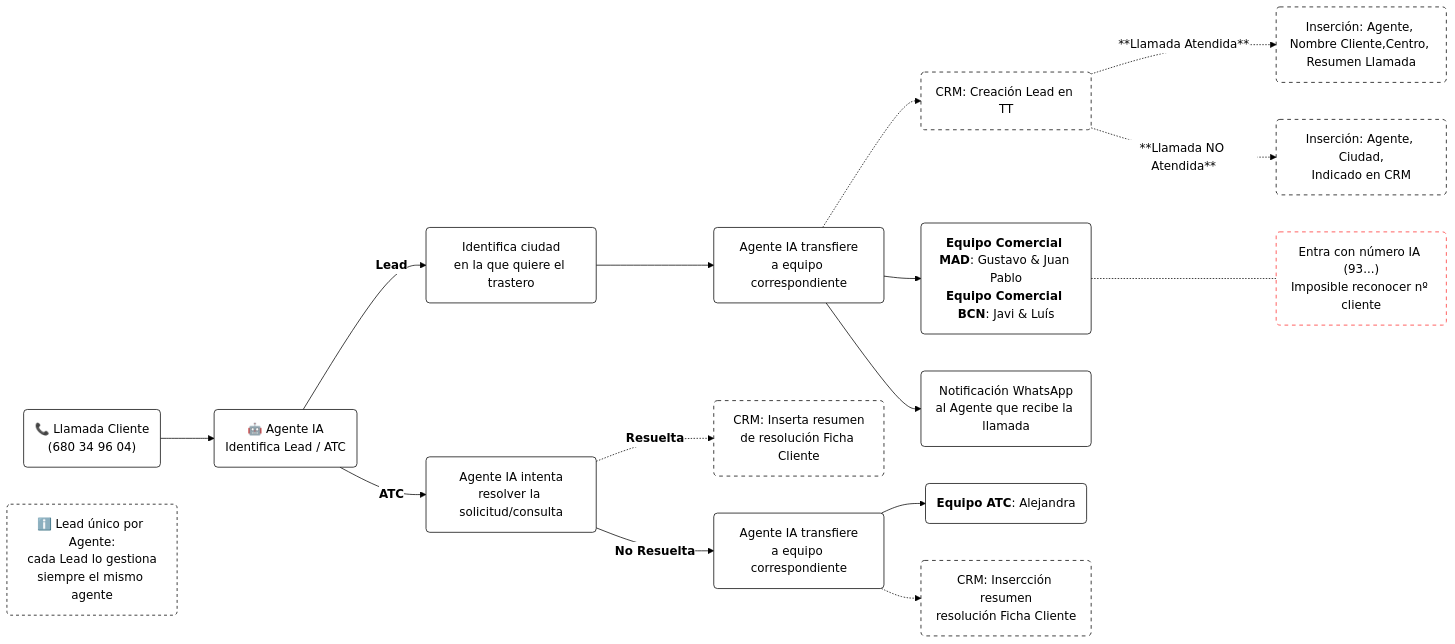
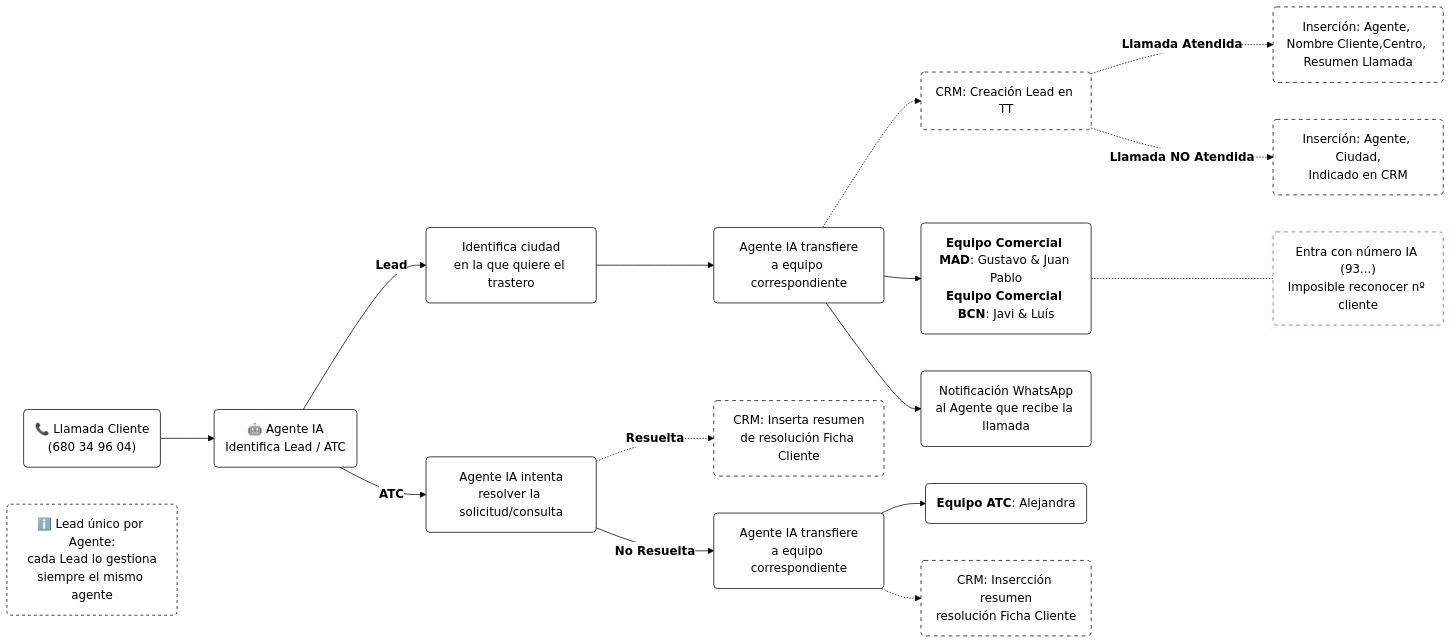
Before and after one commit to Fblanchete/Agente-IA: the diagram in flujo_en_horario (1).md, drawn with Mermaid.

Commit message:
Update flujo_en_horario (1).md

````diff
--- a/flujo_en_horario (1).md
+++ b/flujo_en_horario (1).md
@@ -3,35 +3,35 @@
 ```mermaid
 %%{init: {'theme': 'base', 'themeVariables': { 'fontFamily': 'Arial', 'background': '#FFFFFF', 'primaryColor': '#FFFFFF', 'primaryBorderColor': '#000000', 'primaryTextColor': '#000000', 'lineColor': '#000000', 'secondaryColor': '#FFFFFF', 'tertiaryColor': '#FFFFFF'}}}%%
 flowchart LR
     A1("📞 Llamada Cliente<br/>(680 34 96 04)") --> A2("🤖 Agente IA<br/>Identifica Lead / ATC")
 
     A2 -->|"`**Lead**`"| L1("Identifica ciudad<br/>en la que quiere el trastero")
     L1 --> L2("Agente IA transfiere<br/>a equipo correspondiente")
     L2 -.-> CRM1("CRM: Creación Lead en TT")
     L4 -.- L3("Entra con número IA (93...)<br/>Imposible reconocer nº cliente")
     L2 --> L4("`**Equipo Comercial MAD**: Gustavo & Juan Pablo<br/>**Equipo Comercial BCN**: Javi & Luís`")
     L2 --> L5("Notificación WhatsApp<br/>al Agente que recibe la llamada")
-    CRM1 -.-> |"**Llamada Atendida**"| LA("Inserción: Agente, Nombre Cliente,Centro, Resumen Llamada")
-    CRM1 -.-> |"**Llamada NO Atendida**"| LNA("Inserción: Agente, Ciudad,<br/>Indicado en CRM")
+    CRM1 -.-> |"`**Llamada Atendida**`"| LA("Inserción: Agente, Nombre Cliente,Centro, Resumen Llamada")
+    CRM1 -.-> |"`**Llamada NO Atendida**`"| LNA("Inserción: Agente, Ciudad,<br/>Indicado en CRM")
 
     A2 -->|"`**ATC**`"| T1("Agente IA intenta<br/>resolver la solicitud/consulta")
     T1 -.->|"`**Resuelta**`"| CRM2("CRM: Inserta resumen<br/>de resolución Ficha Cliente")
     T1 -->|"`**No Resuelta**`"| T2("Agente IA transfiere<br/>a equipo correspondiente")
     T2 --> T3("`**Equipo ATC**: Alejandra`")
     T2 -.-> CRM3("CRM: Insercción resumen<br/>resolución Ficha Cliente")
   
 
     N0("ℹ️ Lead único por Agente:<br/>cada Lead lo gestiona<br/>siempre el mismo agente")
 
 
     classDef todos fill:#FFFFFF,stroke:#000000,color:#000000
     classDef nota fill:#FFFFFF,stroke:#000000,color:#000000,stroke-dasharray: 4 4
     classDef comment fill:#FFFFFF,stroke:#FF2C2C,color:#000000,stroke-dasharray: 5 5
     classDef CRM fill:#FFFFFF,stroke:#000000,color:#000000,stroke-dasharray: 5 5
     class A1,A2,L1,L2,L4,L5,T1,T2,T3 todos
     class N0 nota
     class L3 comment
     class CRM1,LA,LNA,CRM3,CRM2 CRM
    
 
 ```
````
